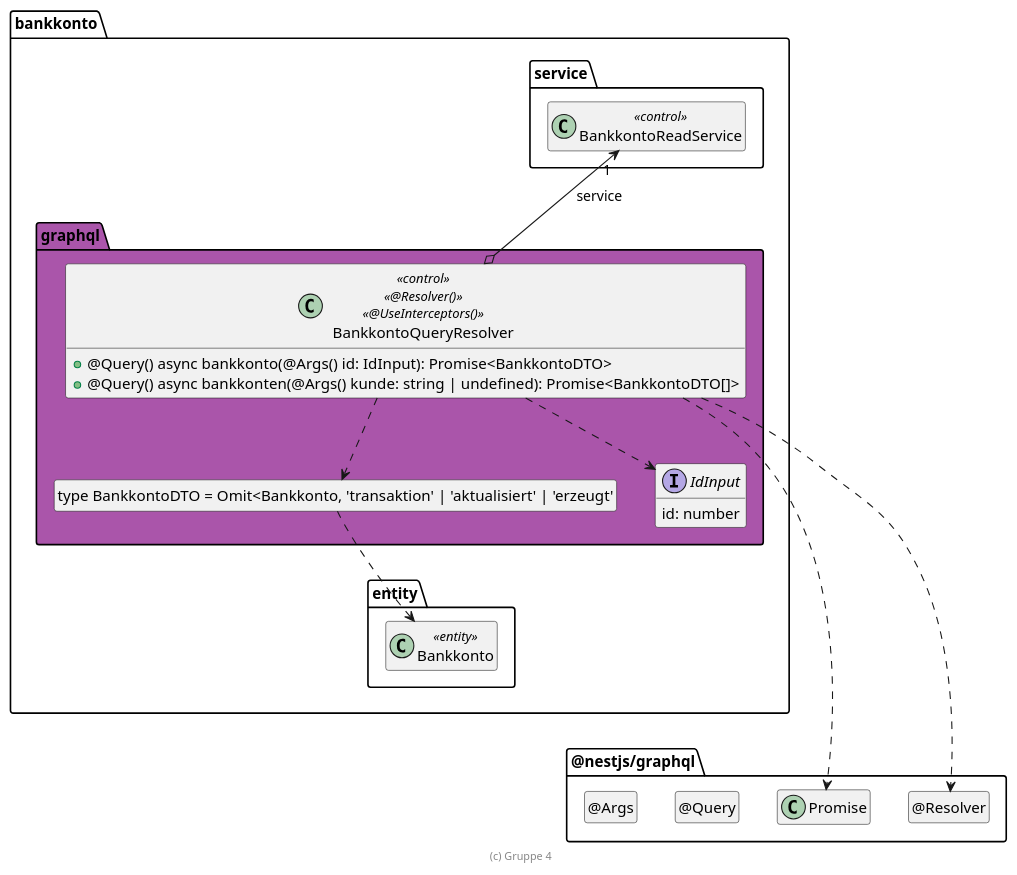
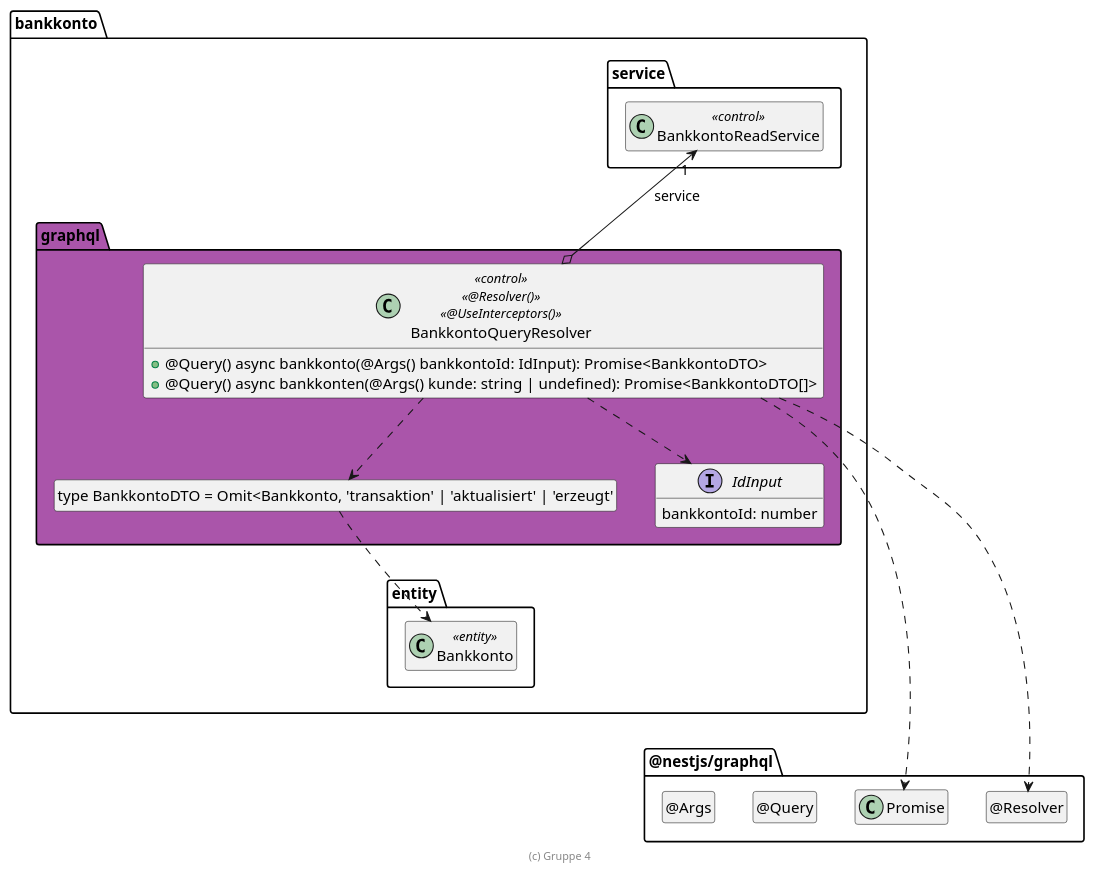
The diagram in .extras/doc/projekthandbuch/BankkontoQueryResolver.plantuml (Caleb-Script/bankkonto-verwalter-nestjs), drawn with PlantUML before and after one commit. The commit also changed 14 other files, not shown here.

```diff
--- a/.extras/doc/projekthandbuch/BankkontoQueryResolver.plantuml
+++ b/.extras/doc/projekthandbuch/BankkontoQueryResolver.plantuml
@@ -1,58 +1,58 @@
 @startuml Controller-Klasse
 
 package @nestjs/graphql {
   class "@Resolver" as Resolver
   hide Resolver circle
 
   class "@Query" as Query
   hide Query circle
 
   class "@Args" as Args
   hide Args circle
 
   Resolver .left[hidden].> Promise
 }
 
 package bankkonto {
   package entity {
     class Bankkonto <<entity>>
   }
 
   package service {
     class BankkontoReadService << control >>
   }
 
   package graphql #AA55AA {
     class "type BankkontoDTO = Omit<Bankkonto, 'transaktion' | 'aktualisiert' | 'erzeugt'" as BankkontoDTO
     hide BankkontoDTO circle
 
     interface IdInput {
-        id: number
+        bankkontoId: number
     }
 
     class BankkontoQueryResolver << control >> << @Resolver() >> << @UseInterceptors() >> {
-      + @Query() async bankkonto(@Args() id: IdInput): Promise<BankkontoDTO>
+      + @Query() async bankkonto(@Args() bankkontoId: IdInput): Promise<BankkontoDTO>
       + @Query() async bankkonten(@Args() kunde: string | undefined): Promise<BankkontoDTO[]>
     }
 
     BankkontoQueryResolver o-up-> "1" BankkontoReadService : service
     BankkontoQueryResolver ..> BankkontoDTO
     BankkontoQueryResolver ..> IdInput
     BankkontoDTO ..> Bankkonto
     BankkontoQueryResolver ..> Resolver
 
     BankkontoQueryResolver ..> Promise
 
     BankkontoDTO .[hidden].> Bankkonto
     Bankkonto .[hidden].> Promise
     BankkontoReadService .[hidden].> Promise
     Bankkonto .[hidden].> Resolver
     BankkontoReadService .[hidden].> Resolver
   }
 }
 
 hide empty members
 
 footer (c) Gruppe 4
 
 @enduml
```
